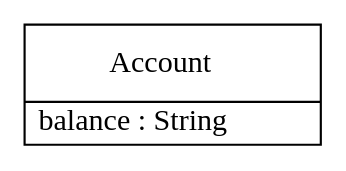
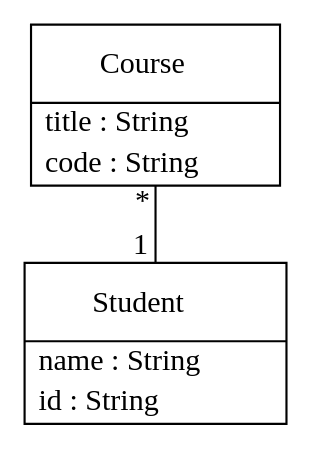
Before and after one commit to ElwinLiu/umple-next: the diagram in data/models/playwright-model/modelcd.gv, drawn with Graphviz. The commit also changed 6 other files, not shown here.

```diff
--- a/data/models/playwright-model/modelcd.gv
+++ b/data/models/playwright-model/modelcd.gv
@@ -1,14 +1,47 @@
 // Code generated by Umple 1.36.0.8088.f0fbd82bc
 
   digraph "model" {
     rankdir="BT"
     node [ratio="auto" shape=record margin=0; href="javascript:Action.selectClass(&quot;\N&quot;);"];
      edge [minlen=1 headclip="true"];
 
-  // Class: Account
-  "Account" [shape=plaintext margin=0 label=<<table border="1" cellspacing="0" cellborder="0" cellpadding="2"><tr><td cellpadding="10">    Account </td></tr><hr/><tr><td align="left" href="" title="String balance&#13;">  balance : String  </td></tr></table>>,
-   tooltip="class Account
+  // Class: Student
+  "Student" [shape=plaintext margin=0 label=<<table border="1" cellspacing="0" cellborder="0" cellpadding="2"><tr><td cellpadding="10">    Student </td></tr><hr/><tr><td align="left" href="" title="String name&#13;">  name : String  </td></tr><tr><td align="left" href="" title="String id&#13;">  id : String  </td></tr></table>>,
+   tooltip="class Student
+"];
+
+  // Class: Course
+  "Course" [shape=plaintext margin=0 label=<<table border="1" cellspacing="0" cellborder="0" cellpadding="2"><tr><td cellpadding="10">    Course </td></tr><hr/><tr><td align="left" href="" title="String title&#13;">  title : String  </td></tr><tr><td align="left" href="" title="String code&#13;">  code : String  </td></tr></table>>,
+   tooltip="class Course
 "];
 
   // All associations
+  "Student" -> "Course" [dir="none", taillabel="1 ", headlabel="* ", tooltip="Student 1  -- *  Course
+
+A Course has A Student. It must always have exactly, one, and can never have none. And there is an upper bound of at most one Student.
+
+A Student has some Courses. It can have none, and there is no upper bound defined.
+
+When a Course is created, its Student must be assigned.
+When a Course is deleted, its Student is not deleted and its list of Courses is decreased.
+When a Student is deleted, its Courses are not deleted. They are assigned to another Student.
+" headtooltip="Student 1  -- *  Course
+
+A Course has A Student. It must always have exactly, one, and can never have none. And there is an upper bound of at most one Student.
+
+A Student has some Courses. It can have none, and there is no upper bound defined.
+
+When a Course is created, its Student must be assigned.
+When a Course is deleted, its Student is not deleted and its list of Courses is decreased.
+When a Student is deleted, its Courses are not deleted. They are assigned to another Student.
+" tailtooltip="Student 1  -- *  Course
+
+A Course has A Student. It must always have exactly, one, and can never have none. And there is an upper bound of at most one Student.
+
+A Student has some Courses. It can have none, and there is no upper bound defined.
+
+When a Course is created, its Student must be assigned.
+When a Course is deleted, its Student is not deleted and its list of Courses is decreased.
+When a Student is deleted, its Courses are not deleted. They are assigned to another Student.
+" URL="javascript:Action.selectAssociation('Student,Course,* ,1 ')" ];
 }
```
